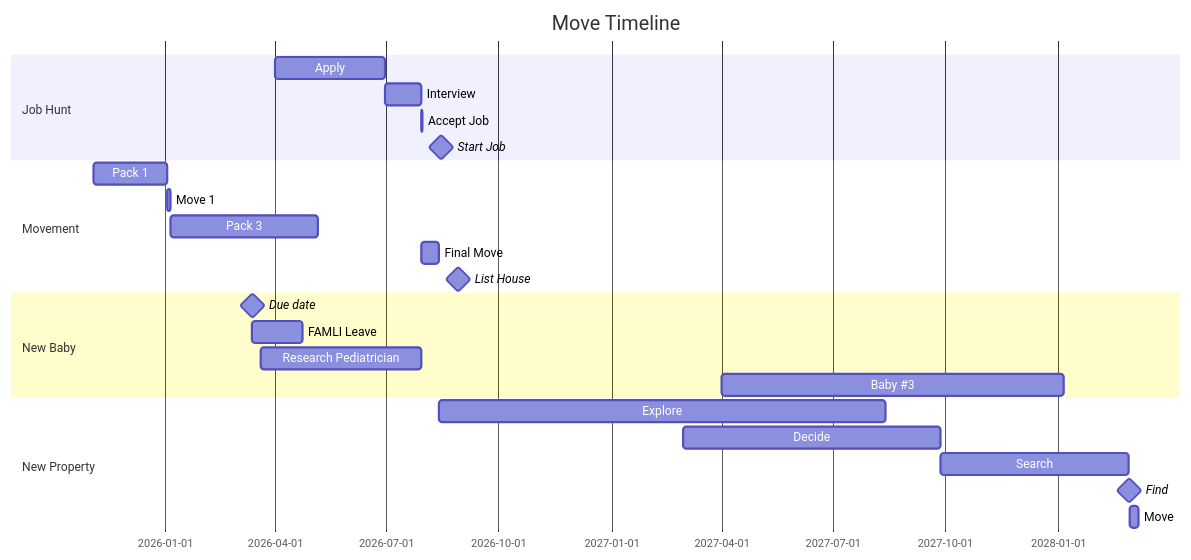
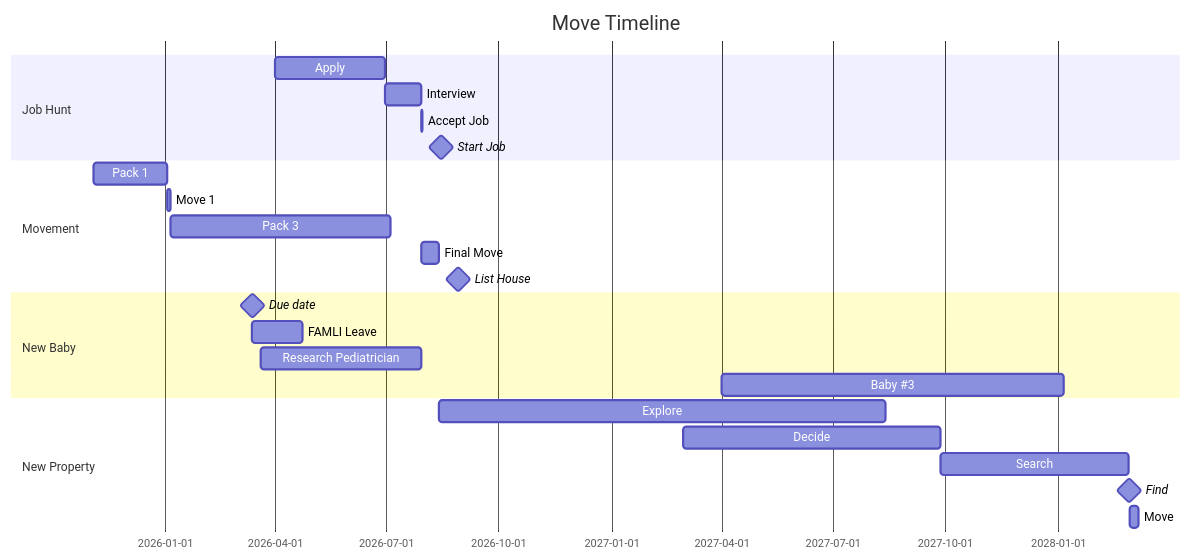
The diagram in brainstorm.md (lfulmer35/ArkansasPlanning), drawn with Mermaid before and after one commit.

Commit message:
Try to update the chart.

````diff
--- a/brainstorm.md
+++ b/brainstorm.md
@@ -304,28 +304,28 @@
 ```mermaid
 gantt
 title Move Timeline
     dateFormat YYYY-MM-DD
     tickInterval 3month
     section Job Hunt
         Apply       : ap1, 2026-04-01, 90d
         Interview   : ap2, after ap1, 30d 
         Accept Job  : after ap2, 1d
         Start Job   :milestone, 2026-08-30
     section Movement
         Pack 1      :p1, 2025-11-4, 60d
         Move 1      :m1, after p1, 3d 
-        Pack 3      :p2, after m1, 120d
+        Pack 3      :p2, after m1, 180d
         Final Move  : m3, after ap2, 14d
         List House  :milestone, after ap2, 60d
     section New Baby
         Due date    :milestone, 2026-03-13, 1d
         FAMLI Leave :bb1, 2026-03-13, 6w
         Research Pediatrician : 2026-3-21, until m3
         Baby #3     :bb2, 2027-04-01, 40w
     section New Property
         Explore    :after m3, 1y
         Decide     :d1, 2027-03-01, 30w
         Search     :finSearch, after d1, 22w
         Find       :milestone, 1d
         Move       : 7d
 ```
````
